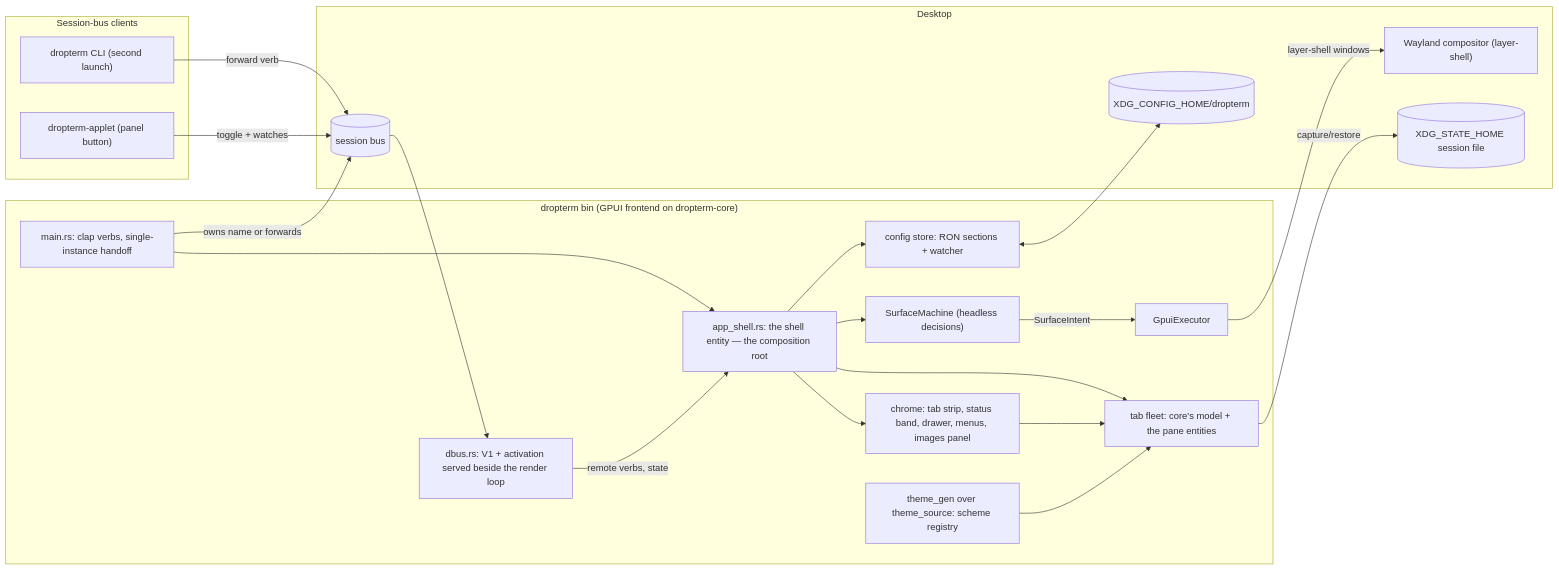
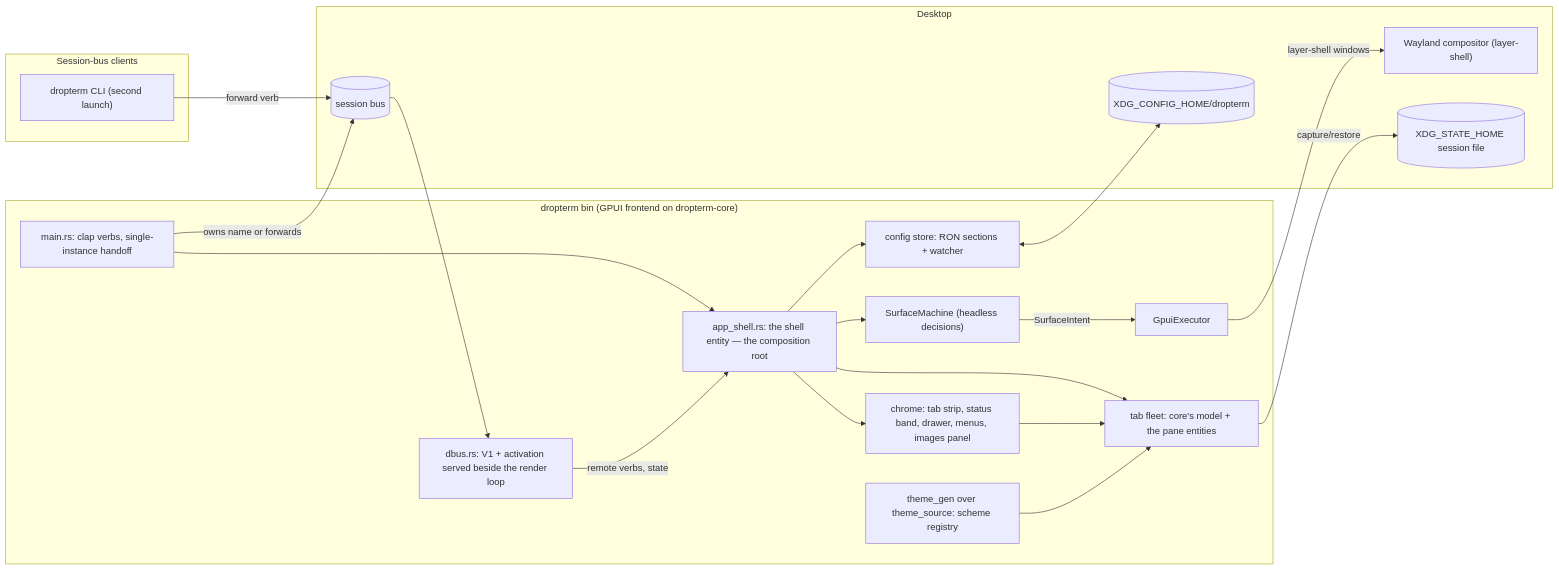
One commit to l1br3-io/cosmic-ext-dropterm changed the first of 2 diagrams in docs/architecture.md. Above: the diagram before and after it, drawn with Mermaid. The commit also changed other lines of this file and 126 other files, not shown here.

````diff
--- a/docs/architecture.md
+++ b/docs/architecture.md
@@ -15,40 +14,38 @@
 ```mermaid
 flowchart LR
     subgraph clients["Session-bus clients"]
         CLI["dropterm CLI (second launch)"]
-        APPLET["dropterm-applet (panel button)"]
     end
     subgraph process["dropterm bin (GPUI frontend on dropterm-core)"]
         MAIN["main.rs: clap verbs, single-instance handoff"]
         DBUS["dbus.rs: V1 + activation served beside the render loop"]
         SHELL["app_shell.rs: the shell entity — the composition root"]
         MACHINE["SurfaceMachine (headless decisions)"]
         EXEC["GpuiExecutor"]
         CONFIG["config store: RON sections + watcher"]
         TABS["tab fleet: core's model + the pane entities"]
         CHROME["chrome: tab strip, status band, drawer, menus, images panel"]
         THEME["theme_gen over theme_source: scheme registry"]
     end
     subgraph desktop["Desktop"]
         BUS[("session bus")]
         WL["Wayland compositor (layer-shell)"]
         FILES[("XDG_CONFIG_HOME/dropterm")]
         STATE[("XDG_STATE_HOME session file")]
     end
     CLI -->|forward verb| BUS
-    APPLET -->|toggle + watches| BUS
     BUS --> DBUS
     MAIN -->|owns name or forwards| BUS
     MAIN --> SHELL
     DBUS -->|remote verbs, state| SHELL
     SHELL --> MACHINE
     SHELL --> TABS
     SHELL --> CHROME
     SHELL --> CONFIG
     MACHINE -->|SurfaceIntent| EXEC
     EXEC -->|layer-shell windows| WL
     CHROME --> TABS
     THEME --> TABS
     CONFIG <--> FILES
     TABS -->|capture/restore| STATE
 ```
````
